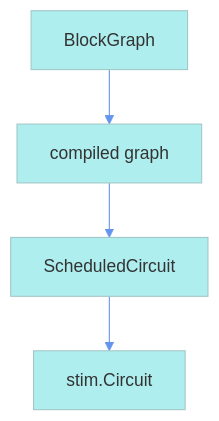
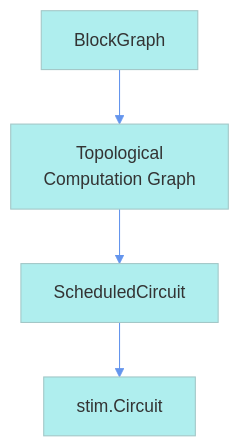
The second of 2 diagrams in docs/architecture.rst (tqec/tqec), drawn with Mermaid before and after one commit. The commit also changed other lines of this file, not shown here.

Commit message:
remove mention of compiled graph

```diff
--- a/docs/architecture.rst
+++ b/docs/architecture.rst
@@ -90,16 +91,16 @@
 .. mermaid::
     :align: center
     :config: {"theme": "base", "darkMode": "true"}
 
     %%{
     init: {
         'theme': 'base',
         'themeVariables': {
         'primaryColor': '#AFEEEE',
         'lineColor': '#6495ED'
         }
     }
     }%%
 
     graph
-        A[BlockGraph] --> B[compiled graph] --> C[ScheduledCircuit]--> D[stim.Circuit]
+        A[BlockGraph] --> B[Topological <br> Computation Graph] --> C[ScheduledCircuit]--> D[stim.Circuit]
```
